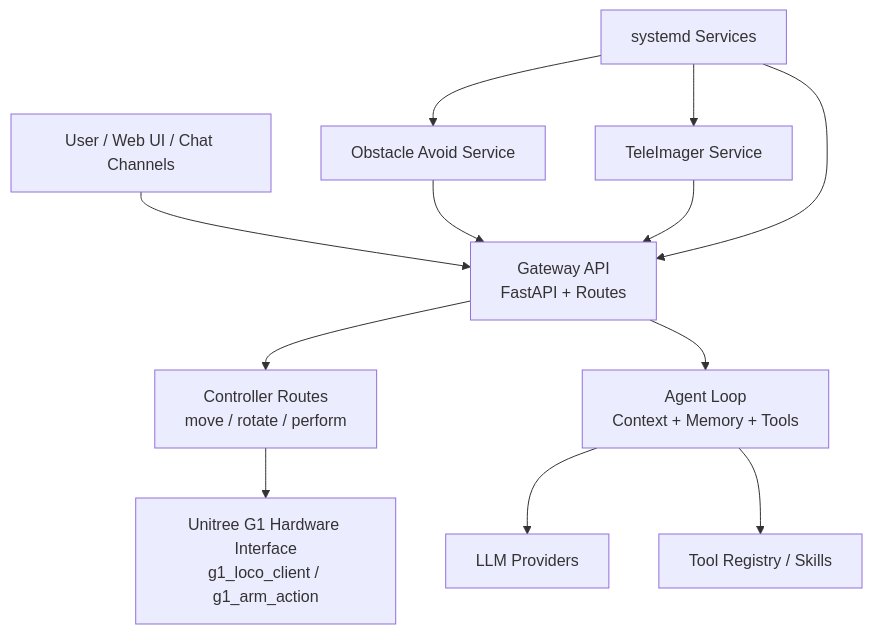
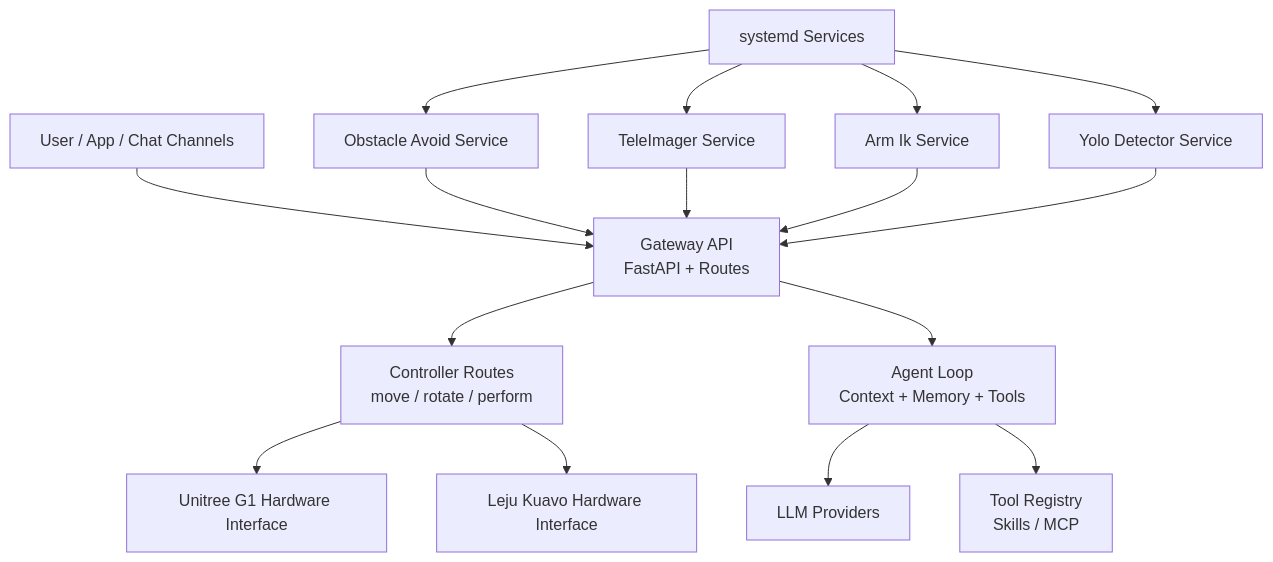
The diagram in README.md (spin-matrix/RoboClaw), drawn with Mermaid before and after one commit. The commit also changed other lines of this file and 251 other files, not shown here.

````diff
--- a/README.md
+++ b/README.md
@@ -151,25 +147,32 @@
 ```mermaid
 flowchart TD
-    U[User / Web UI / Chat Channels]
+    U[User / App / Chat Channels]
     G[Gateway API<br/>FastAPI + Routes]
     C[Controller Routes<br/>move / rotate / perform]
     A[Agent Loop<br/>Context + Memory + Tools]
     P[LLM Providers]
-    T[Tool Registry / Skills]
-    H[Unitree G1 Hardware Interface<br/>g1_loco_client / g1_arm_action]
+    T[Tool Registry<br/>Skills / MCP]
+    H[Unitree G1 Hardware Interface]
+    L[Leju Kuavo Hardware Interface]
     I[TeleImager Service]
     O[Obstacle Avoid Service]
+    Y[Yolo Detector Service]
+    R[Arm Ik Service]
     S[systemd Services]
 
     U --> G
     G --> C
     G --> A
     A --> P
     A --> T
     C --> H
+    C --> L
     O --> G
     I --> G
-    S --> G
+    R --> G
+    Y --> G
     S --> I
     S --> O
+    S --> R
+    S --> Y
 ```
````
